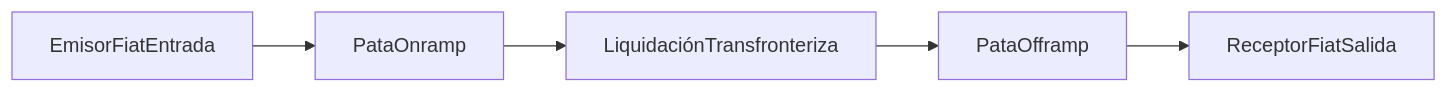
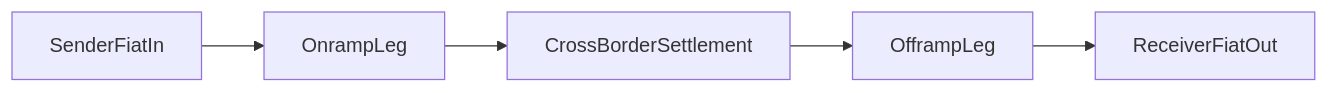
The diagram in translations/es/for-builders/fiat-to-fiat-remittance.md (uditstocks/docs.p2pdotme), drawn with Mermaid before and after one commit. The commit also changed other lines of this file and 263 other files, not shown here.

````diff
--- a/translations/es/for-builders/fiat-to-fiat-remittance.md
+++ b/translations/es/for-builders/fiat-to-fiat-remittance.md
@@ -10,7 +10,7 @@
 ```mermaid
 flowchart LR
-    sender[EmisorFiatEntrada] --> onramp[PataOnramp]
-    onramp --> settlement[LiquidaciónTransfronteriza]
-    settlement --> offramp[PataOfframp]
-    offramp --> receiver[ReceptorFiatSalida]
+    sender[SenderFiatIn] --> onramp[OnrampLeg]
+    onramp --> settlement[CrossBorderSettlement]
+    settlement --> offramp[OfframpLeg]
+    offramp --> receiver[ReceiverFiatOut]
 ```
````
